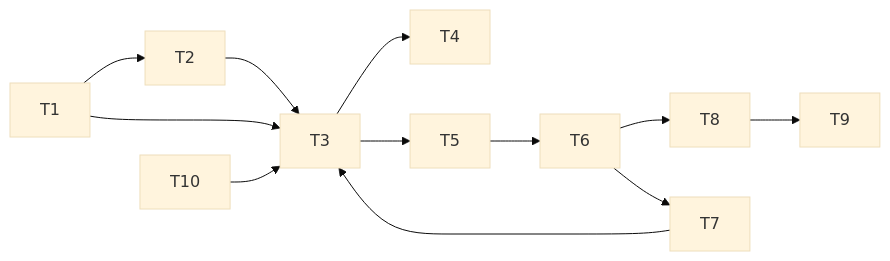
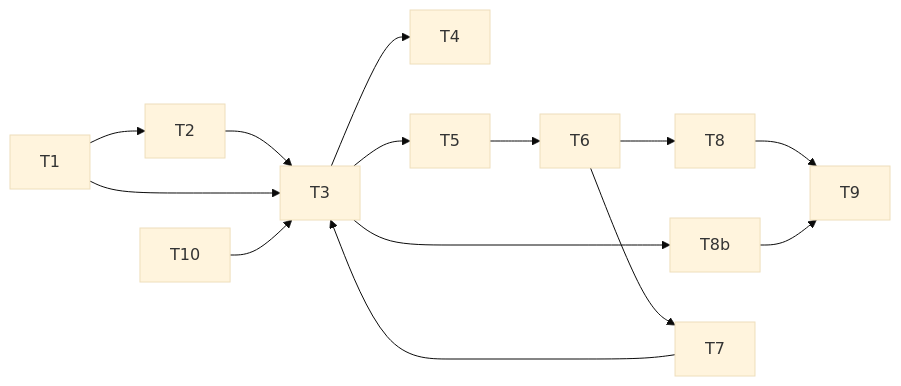
Before and after one commit to DaveQuecholac/HaruKoia-Space: the second of 5 diagrams in docs/fijos/amenities/modelado-amenities-harukoia.md, drawn with Mermaid (base theme). The commit also changed other lines of this file and 52 other files, not shown here.

````diff
--- a/docs/fijos/amenities/modelado-amenities-harukoia.md
+++ b/docs/fijos/amenities/modelado-amenities-harukoia.md
@@ -69,9 +70,10 @@
 ```mermaid
 flowchart LR
   T1 --> T2 --> T3
   T1 --> T3
   T3 --> T4
   T3 --> T5 --> T6 --> T8 --> T9
+  T3 --> T8b --> T9
   T6 --> T7 --> T3
   T10 --> T3
 ```
````
